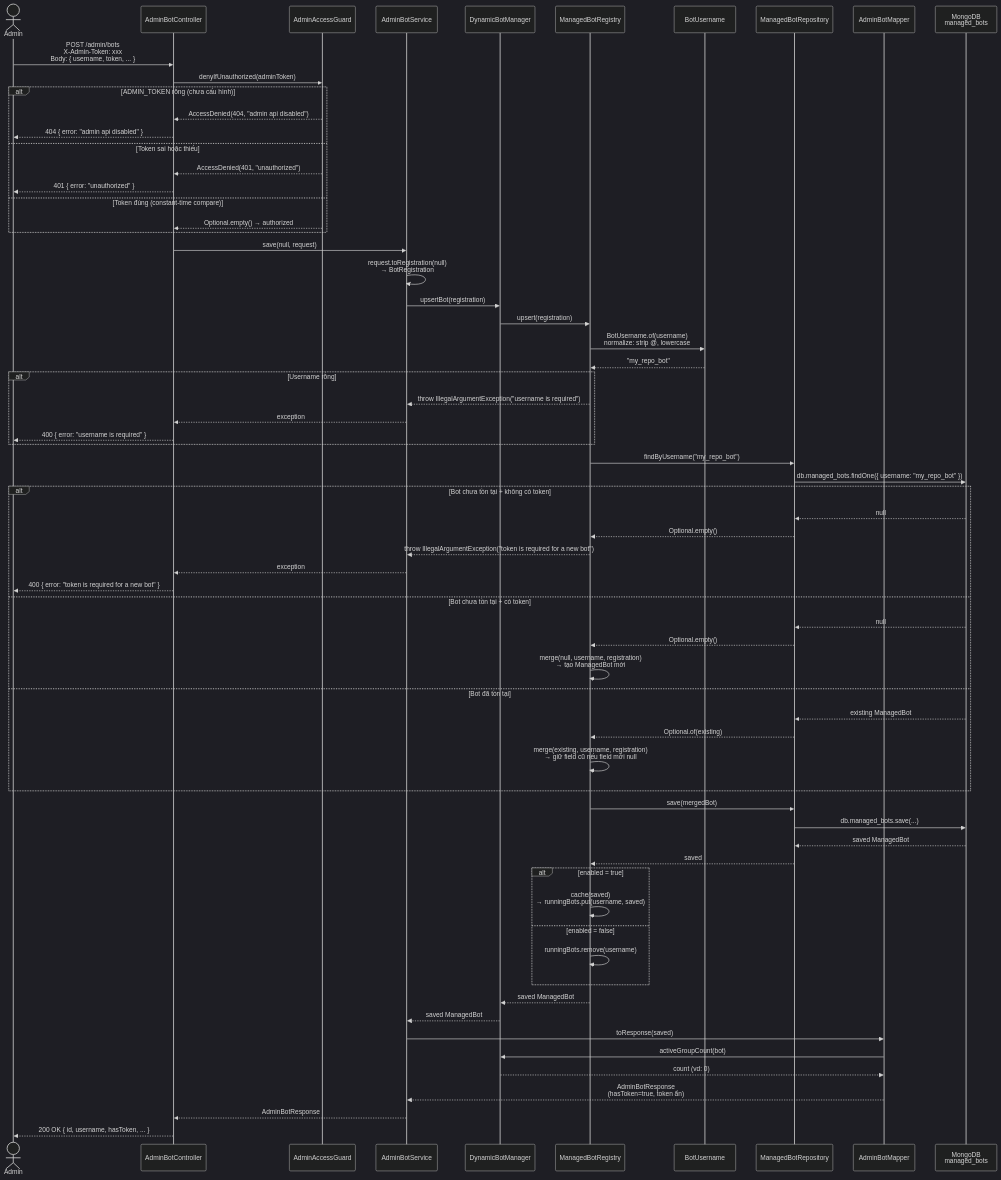
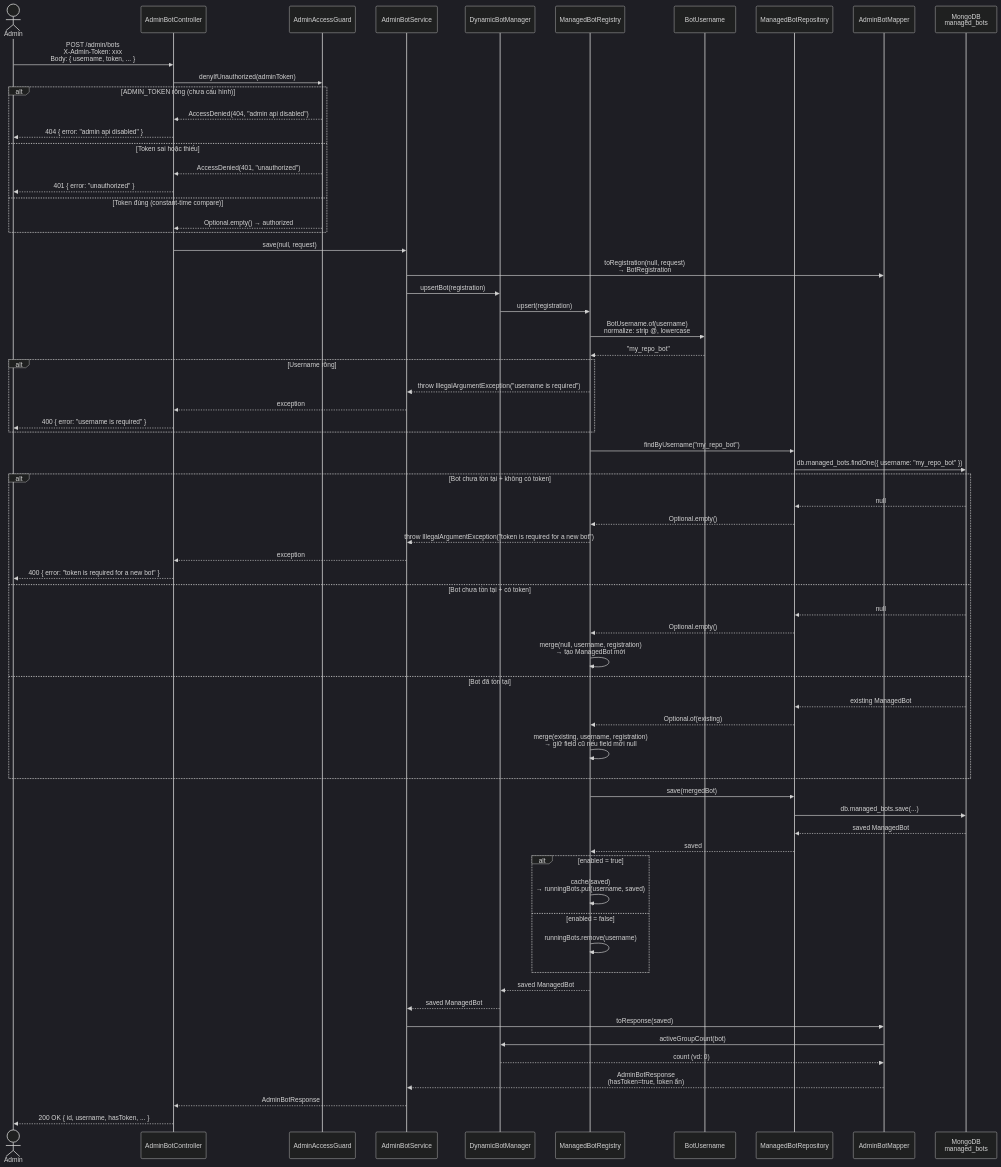
Before and after one commit to ldqanh1408/telegramsixsixsix: the diagram in docs/api/POST_admin_bots.md, drawn with Mermaid (dark theme). The commit also changed 105 other files, not shown here.

````diff
--- a/docs/api/POST_admin_bots.md
+++ b/docs/api/POST_admin_bots.md
@@ -79,82 +79,82 @@
 ```mermaid
 sequenceDiagram
     actor Admin
     participant Controller as AdminBotController
     participant Guard as AdminAccessGuard
     participant Service as AdminBotService
     participant Facade as DynamicBotManager
     participant Registry as ManagedBotRegistry
     participant BotUsername as BotUsername
     participant Repo as ManagedBotRepository
     participant Mapper as AdminBotMapper
     participant DB as MongoDB<br/>managed_bots
 
     Admin->>Controller: POST /admin/bots<br/>X-Admin-Token: xxx<br/>Body: { username, token, ... }
 
     Controller->>Guard: denyIfUnauthorized(adminToken)
     alt ADMIN_TOKEN rỗng (chưa cấu hình)
         Guard-->>Controller: AccessDenied(404, "admin api disabled")
         Controller-->>Admin: 404 { error: "admin api disabled" }
     else Token sai hoặc thiếu
         Guard-->>Controller: AccessDenied(401, "unauthorized")
         Controller-->>Admin: 401 { error: "unauthorized" }
     else Token đúng (constant-time compare)
         Guard-->>Controller: Optional.empty() → authorized
     end
 
     Controller->>Service: save(null, request)
-    Service->>Service: request.toRegistration(null)<br/>→ BotRegistration
+    Service->>Mapper: toRegistration(null, request)<br/>→ BotRegistration
 
     Service->>Facade: upsertBot(registration)
     Facade->>Registry: upsert(registration)
 
     Registry->>BotUsername: BotUsername.of(username)<br/>normalize: strip @, lowercase
     BotUsername-->>Registry: "my_repo_bot"
 
     alt Username rỗng
         Registry-->>Service: throw IllegalArgumentException("username is required")
         Service-->>Controller: exception
         Controller-->>Admin: 400 { error: "username is required" }
     end
 
     Registry->>Repo: findByUsername("my_repo_bot")
     Repo->>DB: db.managed_bots.findOne({ username: "my_repo_bot" })
 
     alt Bot chưa tồn tại + không có token
         DB-->>Repo: null
         Repo-->>Registry: Optional.empty()
         Registry-->>Service: throw IllegalArgumentException("token is required for a new bot")
         Service-->>Controller: exception
         Controller-->>Admin: 400 { error: "token is required for a new bot" }
     else Bot chưa tồn tại + có token
         DB-->>Repo: null
         Repo-->>Registry: Optional.empty()
         Registry->>Registry: merge(null, username, registration)<br/>→ tạo ManagedBot mới
     else Bot đã tồn tại
         DB-->>Repo: existing ManagedBot
         Repo-->>Registry: Optional.of(existing)
         Registry->>Registry: merge(existing, username, registration)<br/>→ giữ field cũ nếu field mới null
     end
 
     Registry->>Repo: save(mergedBot)
     Repo->>DB: db.managed_bots.save(...)
     DB-->>Repo: saved ManagedBot
     Repo-->>Registry: saved
 
     alt enabled = true
         Registry->>Registry: cache(saved)<br/>→ runningBots.put(username, saved)
     else enabled = false
         Registry->>Registry: runningBots.remove(username)
     end
 
     Registry-->>Facade: saved ManagedBot
     Facade-->>Service: saved ManagedBot
 
     Service->>Mapper: toResponse(saved)
     Mapper->>Facade: activeGroupCount(bot)
     Facade-->>Mapper: count (vd: 0)
     Mapper-->>Service: AdminBotResponse<br/>(hasToken=true, token ẩn)
     Service-->>Controller: AdminBotResponse
 
     Controller-->>Admin: 200 OK { id, username, hasToken, ... }
 ```
````
